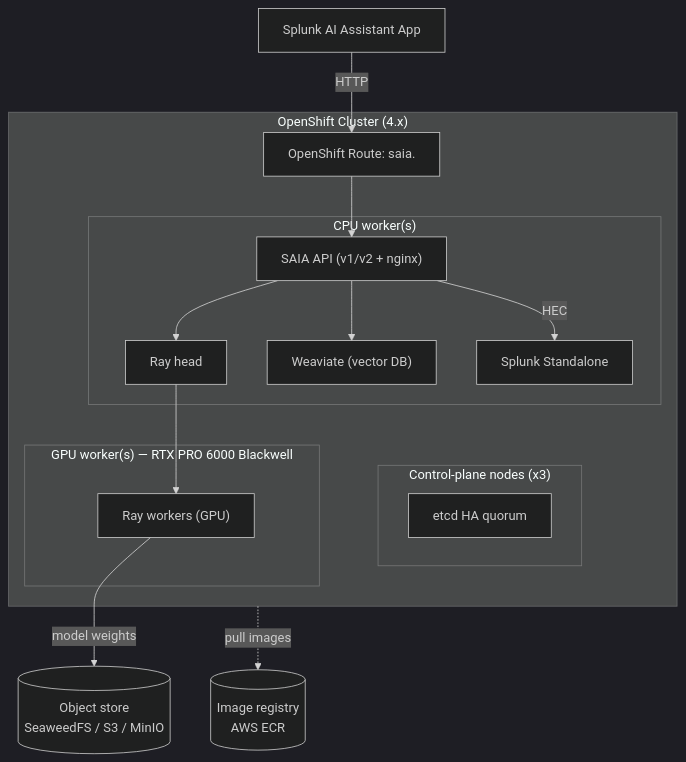
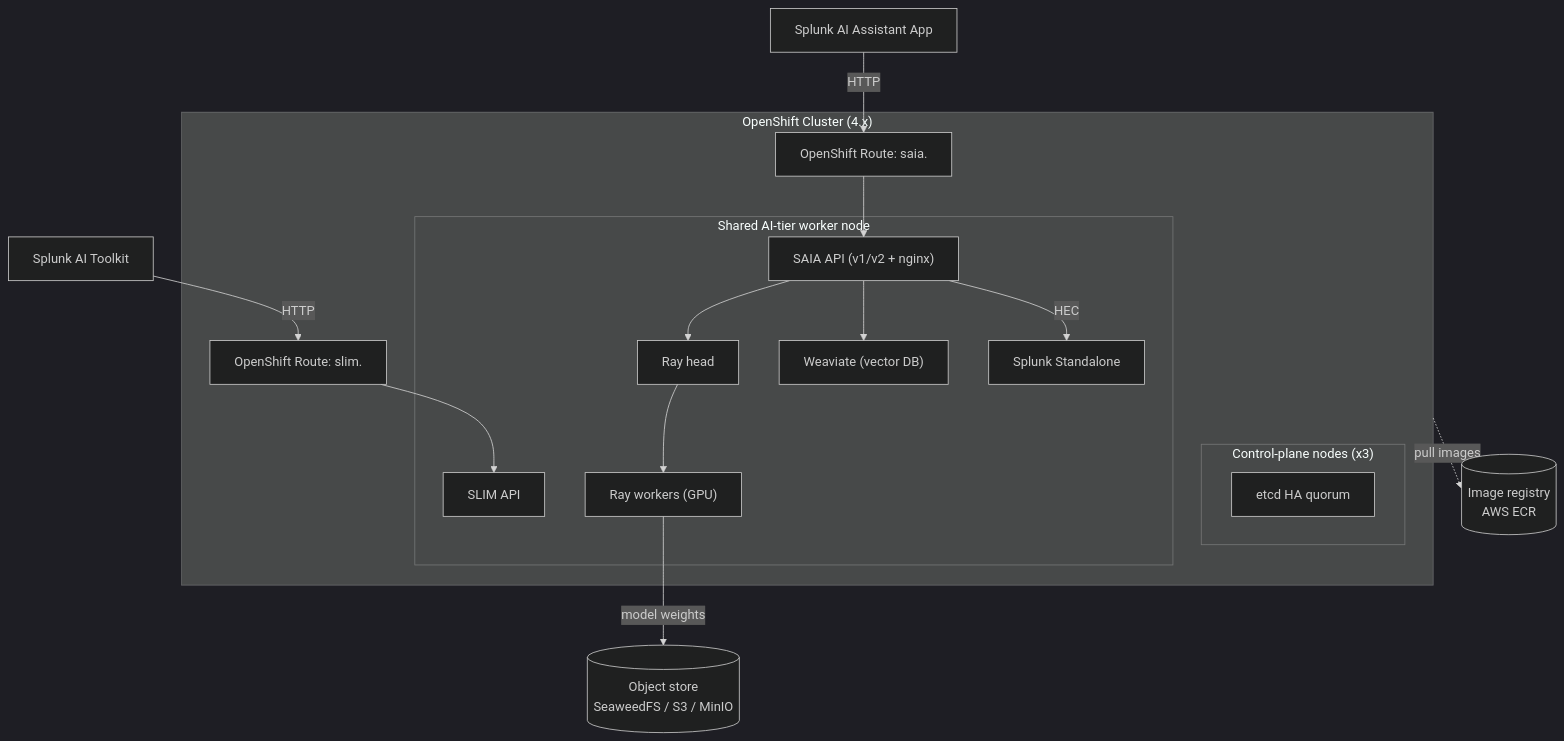
The diagram in tools/cluster_setup/OPENSHIFT_README.md (splunk/splunk-ai-operator), drawn with Mermaid (dark theme) before and after one commit. The commit also changed other lines of this file and 5 other files, not shown here.

Commit message:
Improve OpenShift installer parity and safety (#195)

````diff
--- a/tools/cluster_setup/OPENSHIFT_README.md
+++ b/tools/cluster_setup/OPENSHIFT_README.md
@@ -374,27 +488,28 @@
 ```mermaid
 flowchart TB
   subgraph OCP["OpenShift Cluster (4.x)"]
     subgraph CP["Control-plane nodes (x3)"]
       etcd["etcd HA quorum"]
     end
-    subgraph CPUW["CPU worker(s)"]
+    subgraph AIW["Shared AI-tier worker node"]
       RH["Ray head"]
       WV["Weaviate (vector DB)"]
       SAIA["SAIA API (v1/v2 + nginx)"]
+      SLIM["SLIM API"]
       SPL["Splunk Standalone"]
-    end
-    subgraph GPUW["GPU worker(s) — RTX PRO 6000 Blackwell"]
       RW["Ray workers (GPU)"]
     end
-    RT["OpenShift Route: saia.<ingress-domain>"]
+    SAIART["OpenShift Route: saia.<ingress-domain>"]
+    SLIMRT["OpenShift Route: slim.<ingress-domain>"]
   end
   OBJ[("Object store\nSeaweedFS / S3 / MinIO")]
   ECR[("Image registry\nAWS ECR")]
 
-  Client["Splunk AI Assistant App"] -->|HTTP| RT --> SAIA
+  Client["Splunk AI Assistant App"] -->|HTTP| SAIART --> SAIA
+  AITK["Splunk AI Toolkit"] -->|HTTP| SLIMRT --> SLIM
   SAIA --> RH --> RW
   SAIA --> WV
   SAIA -->|HEC| SPL
   RW -->|model weights| OBJ
   OCP -.pull images.-> ECR
 ```
````
